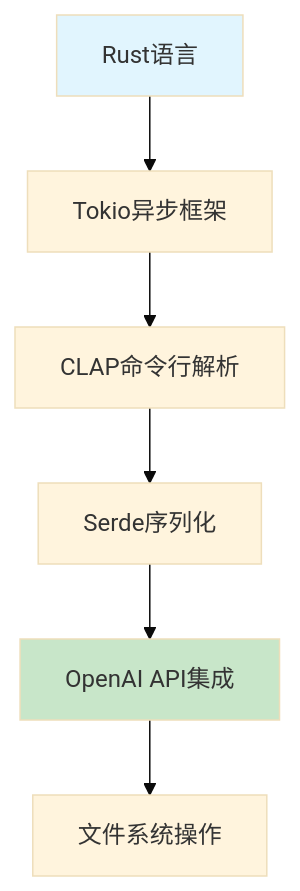
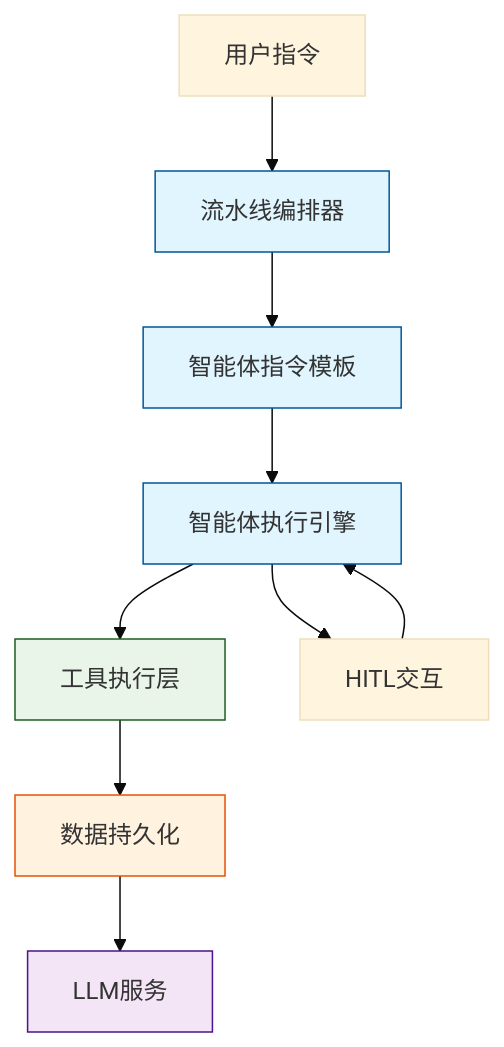
One commit to sopaco/cowork-forge changed the first of 11 diagrams in litho.docs/zh/2、架构概览.md. Above: the diagram before and after it, drawn with Mermaid (base theme). The commit also changed other lines of this file and 34 other files, not shown here.

````diff
--- a/litho.docs/zh/2、架构概览.md
+++ b/litho.docs/zh/2、架构概览.md
@@ -15,11 +17,22 @@
 ```mermaid
 graph TB
-    LANG[Rust语言] --> FRAME[Tokio异步框架]
-    FRAME --> CLI[CLAP命令行解析]
-    CLI --> STOR[Serde序列化]
-    STOR --> LLM[OpenAI API集成]
-    LLM --> FS[文件系统操作]
+    A[用户指令] --> B[流水线编排器]
+    B --> C[智能体指令模板]
+    C --> D[智能体执行引擎]
+    D --> E[工具执行层]
+    E --> F[数据持久化]
+    F --> G[LLM服务]
     
-    style LANG fill:#e1f5fe
-    style LLM fill:#c8e6c9
+    D --> H[HITL交互]
+    H --> D
+    
+    classDef core fill:#e1f5fe,stroke:#01579b
+    classDef agent fill:#f3e5f5,stroke:#4a148c
+    classDef tool fill:#e8f5e8,stroke:#1b5e20
+    classDef data fill:#fff3e0,stroke:#e65100
+    
+    class B,C,D core
+    class E tool
+    class F data
+    class G agent
 ```
````
